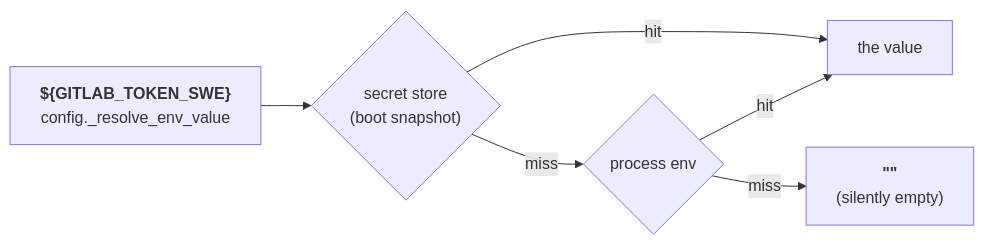
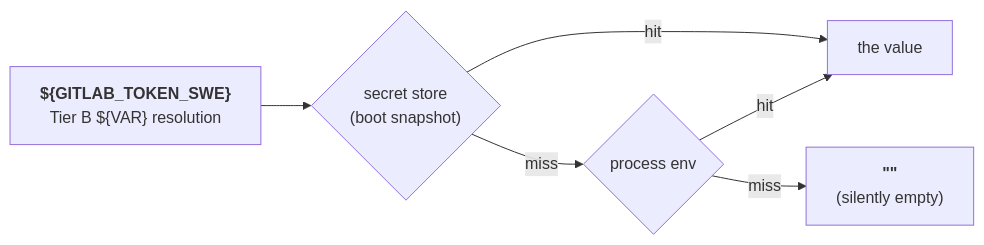
Before and after one commit to crewlet/crewlet: the diagram in docs/concepts/secret-store.md, drawn with Mermaid. The commit also changed other lines of this file and 41 other files, not shown here.

````diff
--- a/docs/concepts/secret-store.md
+++ b/docs/concepts/secret-store.md
@@ -41,13 +45,13 @@
 ```mermaid
 flowchart LR
-    REF["<b>${GITLAB_TOKEN_SWE}</b><br/>config._resolve_env_value"]
+    REF["<b>${GITLAB_TOKEN_SWE}</b><br/>Tier B ${VAR} resolution"]
     STORE{"secret store<br/>(boot snapshot)"}
     ENV{"process env"}
     VAL["the value"]
     EMPTY["<b>&quot;&quot;</b><br/>(silently empty)"]
     REF --> STORE
     STORE -->|hit| VAL
     STORE -->|miss| ENV
     ENV -->|hit| VAL
     ENV -->|miss| EMPTY
 ```
````
